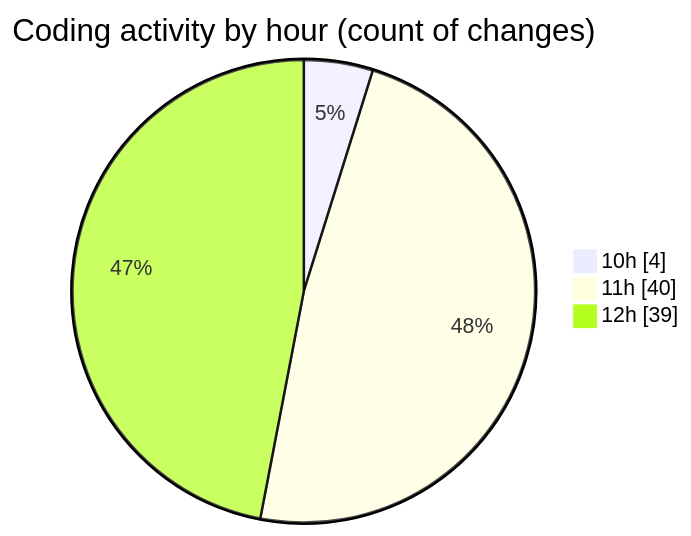
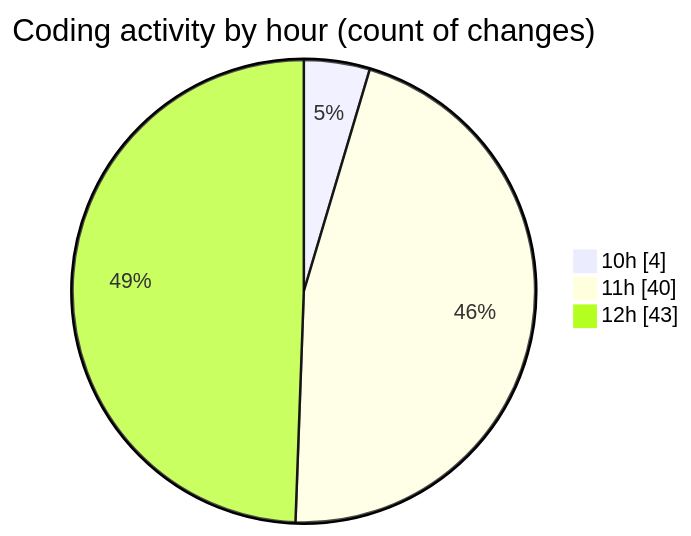
One commit to nxtqubesakshisongat/code-tracking changed the second of 2 diagrams in 2025-07-28/nxtqube_webapp/README.md. Above: the diagram before and after it, drawn with Mermaid. The commit also changed other lines of this file and 1 other file, not shown here.

````diff
--- a/2025-07-28/nxtqube_webapp/README.md
+++ b/2025-07-28/nxtqube_webapp/README.md
@@ -54,7 +54,7 @@
 ```mermaid
 pie showData
 title Coding activity by hour (count of changes)
 "10h" : 4
 "11h" : 40
-"12h" : 39
+"12h" : 43
 ```
````
